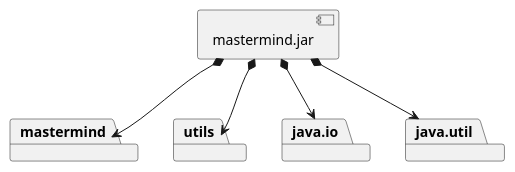
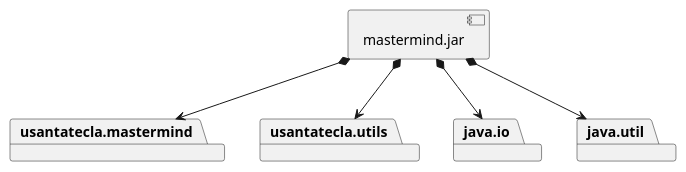
The first of 2 diagrams in domainModel/docs/diagrams/src/vistas.plantuml (SantaTecla-mastermind/solution.java.swing.socket.sql), drawn with PlantUML before and after one commit. The commit also changed 20 other files, not shown here.

Commit message:
Fix some tests and diagrams

```diff
--- a/domainModel/docs/diagrams/src/vistas.plantuml
+++ b/domainModel/docs/diagrams/src/vistas.plantuml
@@ -1,17 +1,17 @@
 @startuml desarrollo_implementacion
-package "  "  as mastermind {
+package "  "  as usantatecla.mastermind {
 }
-package "  "  as utils {
+package "  "  as usantatecla.utils {
 }
 package "  "  as java.io {
 }
 package "  "  as java.util {
 }
 
 [mastermind.jar] as jar
 
-jar *--> mastermind
-jar *--> utils
+jar *--> usantatecla.mastermind
+jar *--> usantatecla.utils
 jar *--> java.io
 jar *--> java.util
 @enduml
```
